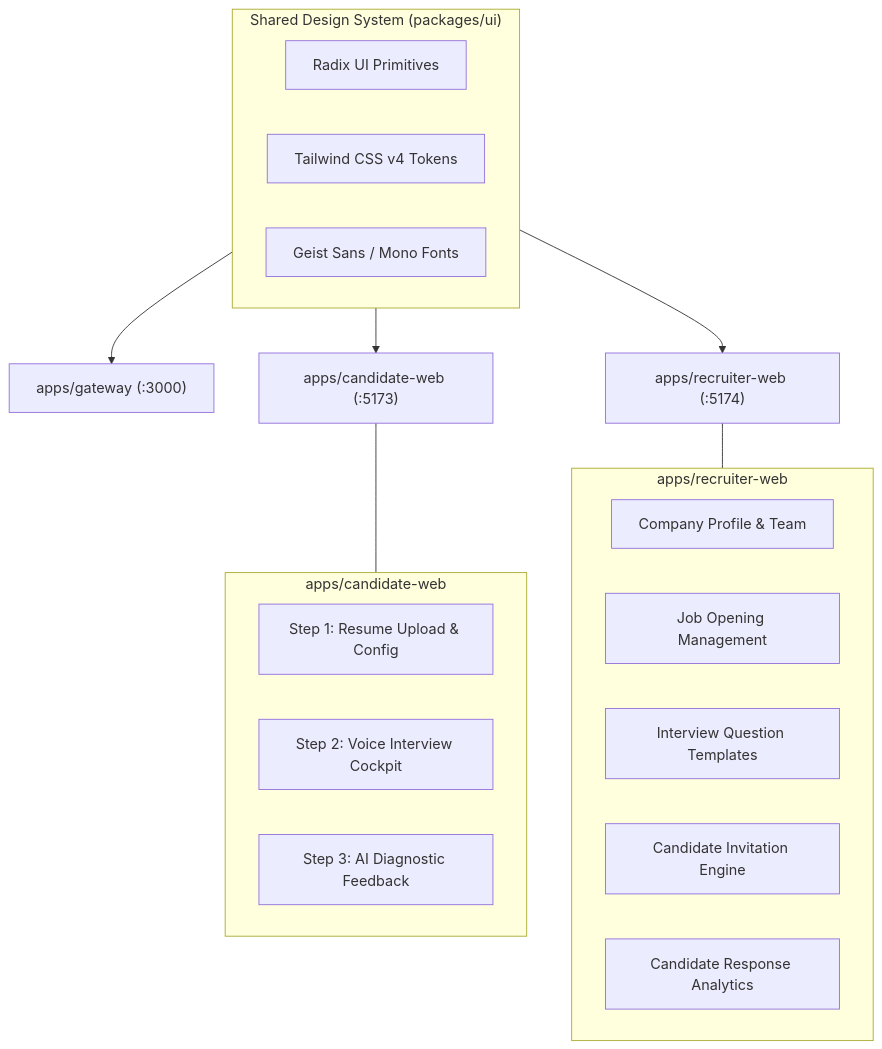
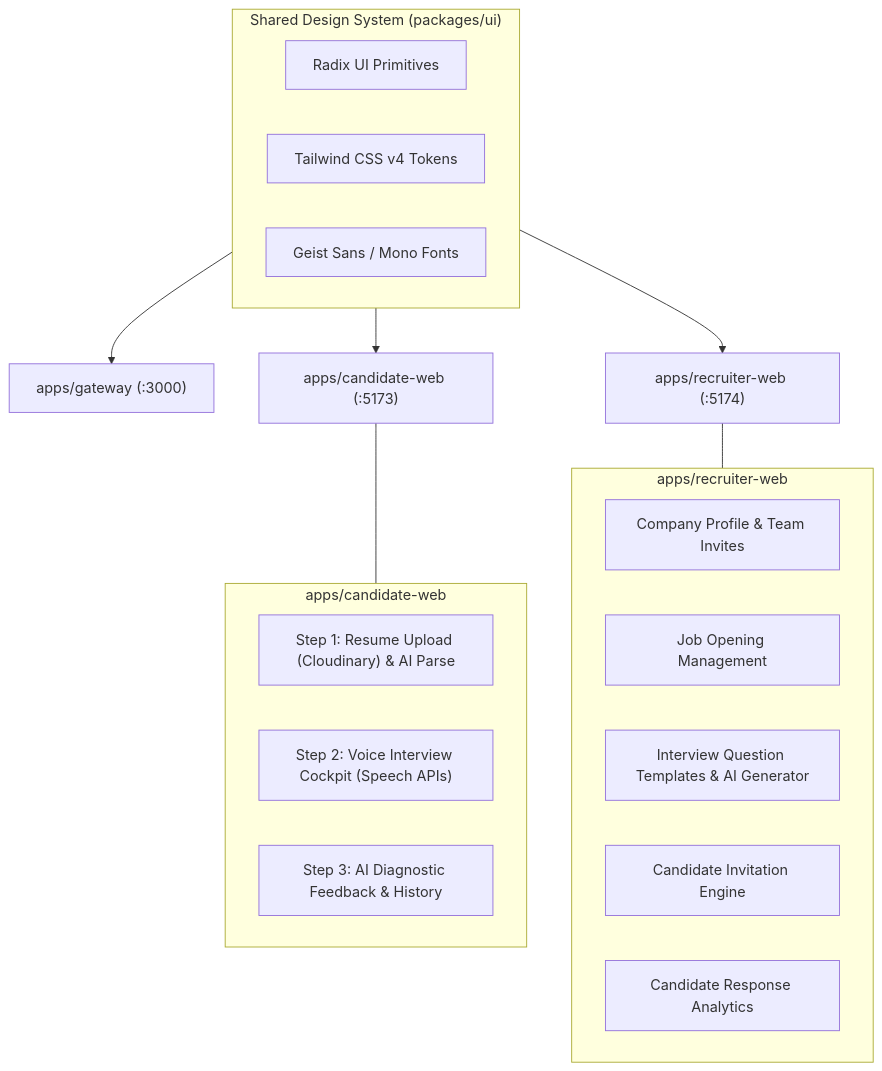
The first of 2 diagrams in docs/frontend-architecture.md (Suyog241005/interview.ai), drawn with Mermaid before and after one commit. The commit also changed other lines of this file and 10 other files, not shown here.

````diff
--- a/docs/frontend-architecture.md
+++ b/docs/frontend-architecture.md
@@ -20,29 +20,29 @@
 ```mermaid
 flowchart TD
     subgraph UI_System["Shared Design System (packages/ui)"]
         RADIX["Radix UI Primitives"]
         TAILWIND["Tailwind CSS v4 Tokens"]
         GEIST["Geist Sans / Mono Fonts"]
     end
 
     UI_System --> GW["apps/gateway (:3000)"]
     UI_System --> CW["apps/candidate-web (:5173)"]
     UI_System --> RW["apps/recruiter-web (:5174)"]
 
     subgraph Candidate_Features["apps/candidate-web"]
-        C_SETUP["Step 1: Resume Upload & Config"]
-        C_LIVE["Step 2: Voice Interview Cockpit"]
-        C_REPORT["Step 3: AI Diagnostic Feedback"]
+        C_SETUP["Step 1: Resume Upload (Cloudinary) & AI Parse"]
+        C_LIVE["Step 2: Voice Interview Cockpit (Speech APIs)"]
+        C_REPORT["Step 3: AI Diagnostic Feedback & History"]
     end
 
     subgraph Recruiter_Features["apps/recruiter-web"]
-        R_COMPANY["Company Profile & Team"]
+        R_COMPANY["Company Profile & Team Invites"]
         R_JOBS["Job Opening Management"]
-        R_CONFIG["Interview Question Templates"]
+        R_CONFIG["Interview Question Templates & AI Generator"]
         R_INVITE["Candidate Invitation Engine"]
         R_EVAL["Candidate Response Analytics"]
     end
 
     CW --- Candidate_Features
     RW --- Recruiter_Features
 ```
````
